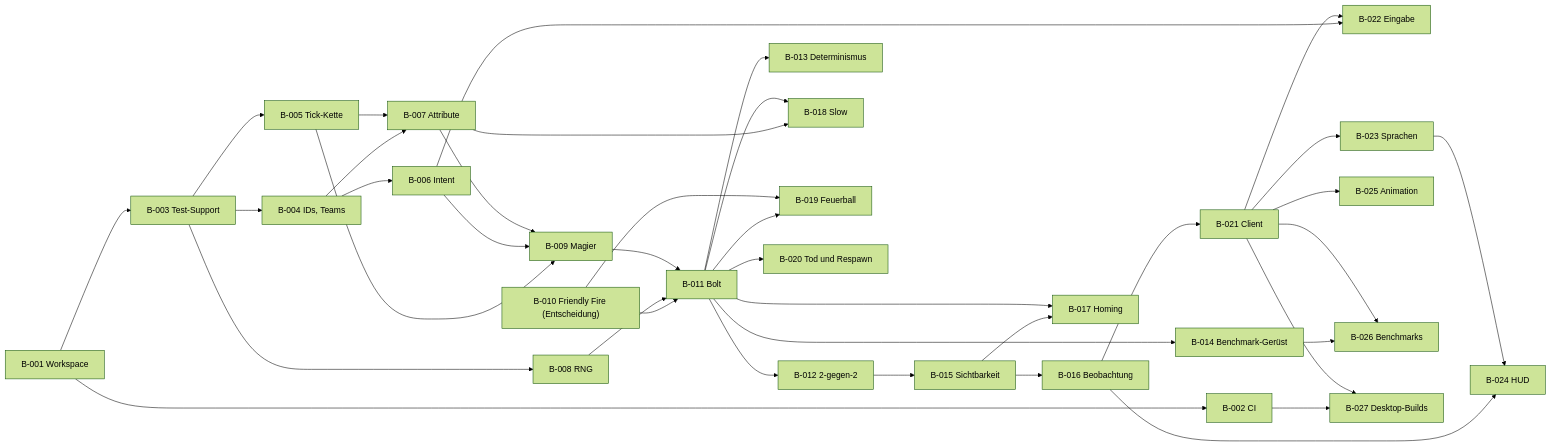
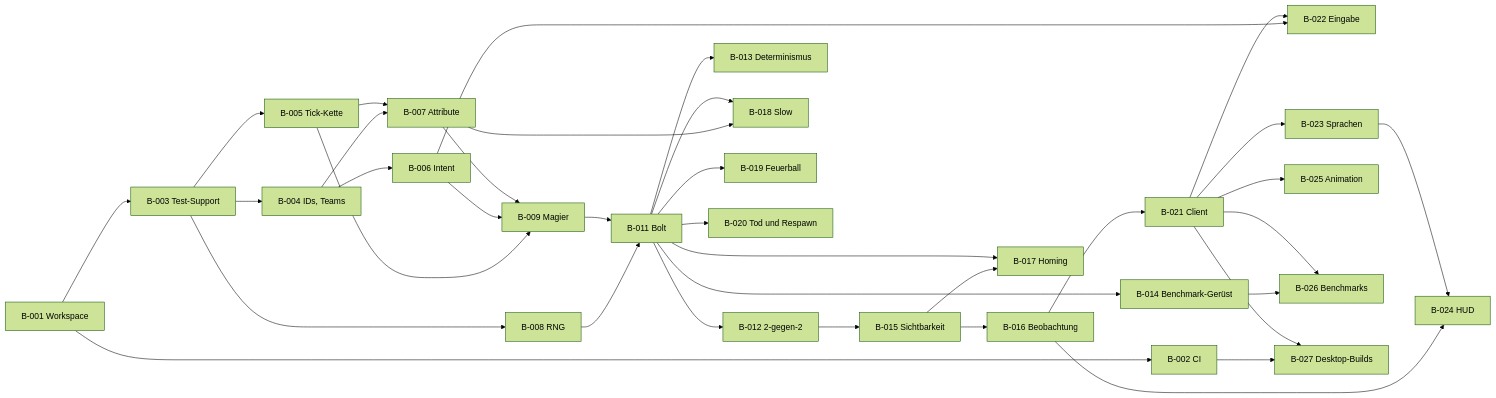
One commit to MagierSpieleSchmiede/mage-game changed the diagram in docs/backlog.md. Above: the diagram before and after it, drawn with Mermaid (forest theme). The commit also changed other lines of this file and 28 other files, not shown here.

First line of the commit message:
Keep rollback netcode with the server as arbiter; friendly fire per ability

````diff
--- a/docs/backlog.md
+++ b/docs/backlog.md
@@ -75,40 +74,38 @@
 ```mermaid
 flowchart LR
   B001["B-001 Workspace"] --> B002["B-002 CI"]
   B001 --> B003["B-003 Test-Support"]
   B003 --> B004["B-004 IDs, Teams"]
   B003 --> B005["B-005 Tick-Kette"]
   B003 --> B008["B-008 RNG"]
   B004 --> B006["B-006 Intent"]
   B004 --> B007["B-007 Attribute"]
   B005 --> B007
   B005 --> B009["B-009 Magier"]
   B006 --> B009
   B007 --> B009
-  B010["B-010 Friendly Fire (Entscheidung)"] --> B011["B-011 Bolt"]
-  B008 --> B011
+  B008 --> B011["B-011 Bolt"]
   B009 --> B011
   B011 --> B012["B-012 2-gegen-2"]
   B011 --> B013["B-013 Determinismus"]
   B011 --> B014["B-014 Benchmark-Gerüst"]
   B012 --> B015["B-015 Sichtbarkeit"]
   B015 --> B016["B-016 Beobachtung"]
   B015 --> B017["B-017 Homing"]
   B011 --> B017
   B007 --> B018["B-018 Slow"]
   B011 --> B018
   B011 --> B019["B-019 Feuerball"]
-  B010 --> B019
   B011 --> B020["B-020 Tod und Respawn"]
   B016 --> B021["B-021 Client"]
   B006 --> B022["B-022 Eingabe"]
   B021 --> B022
   B021 --> B023["B-023 Sprachen"]
   B016 --> B024["B-024 HUD"]
   B023 --> B024
   B021 --> B025["B-025 Animation"]
   B014 --> B026["B-026 Benchmarks"]
   B021 --> B026
   B002 --> B027["B-027 Desktop-Builds"]
   B021 --> B027
 ```
````
